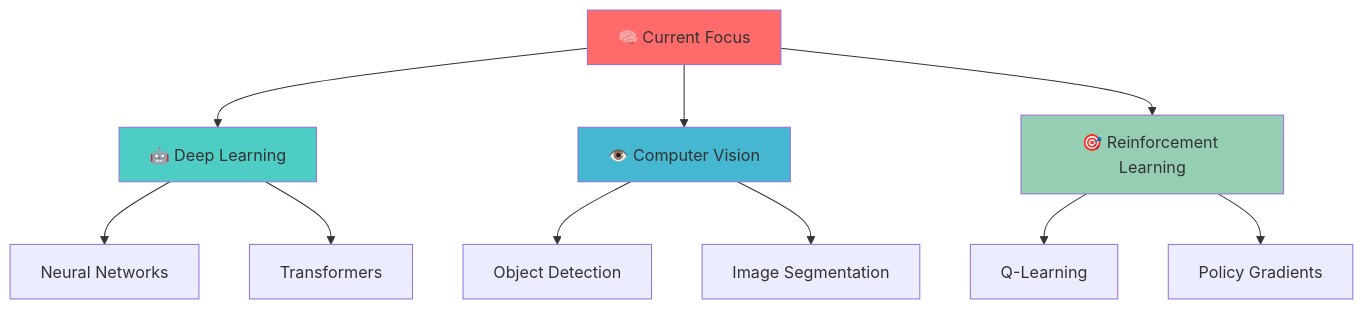
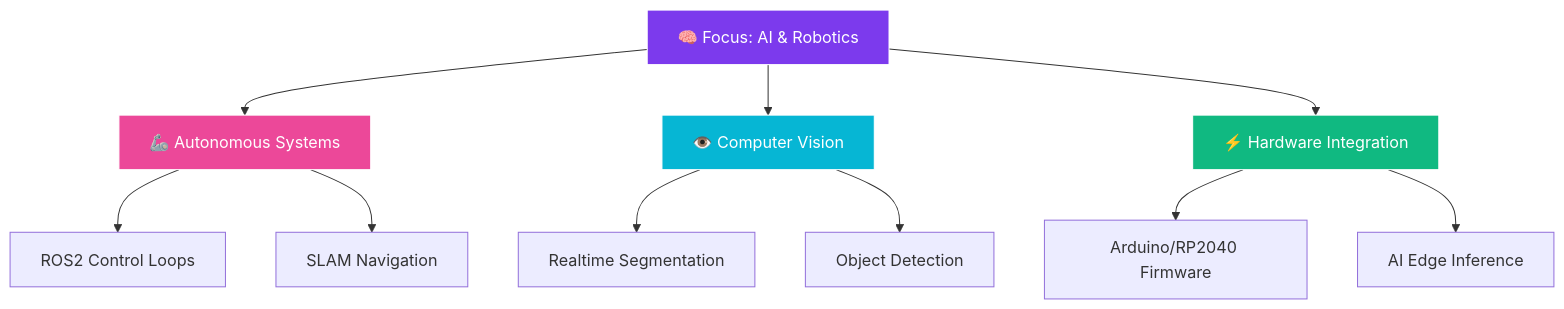
One commit to riteshrajas/riteshrajas changed the diagram in README.md. Above: the diagram before and after it, drawn with Mermaid. The commit also changed other lines of this file, not shown here.

````diff
--- a/README.md
+++ b/README.md
@@ -191,20 +82,20 @@
 ```mermaid
 graph TD
-    A[🧠 Current Focus] --> B[🤖 Deep Learning]
-    A --> C[👁️ Computer Vision] 
-    A --> D[🎯 Reinforcement Learning]
-    
-    B --> E[Neural Networks]
-    B --> F[Transformers]
-    
-    C --> G[Object Detection]
-    C --> H[Image Segmentation]
-    
-    D --> I[Q-Learning]
-    D --> J[Policy Gradients]
-    
-    style A fill:#ff6b6b
-    style B fill:#4ecdc4
-    style C fill:#45b7d1
-    style D fill:#96ceb4
+    A[🧠 Focus: AI & Robotics] --> B[🦾 Autonomous Systems]
+    A --> C[👁️ Computer Vision]
+    A --> D[⚡ Hardware Integration]
+
+    B --> E[ROS2 Control Loops]
+    B --> F[SLAM Navigation]
+
+    C --> G[Realtime Segmentation]
+    C --> H[Object Detection]
+
+    D --> I[Arduino/RP2040 Firmware]
+    D --> J[AI Edge Inference]
+
+    style A fill:#7c3aed,stroke:#fff,stroke-width:1px,color:#fff
+    style B fill:#ec4899,stroke:#fff,stroke-width:1px,color:#fff
+    style C fill:#06b6d4,stroke:#fff,stroke-width:1px,color:#fff
+    style D fill:#10b981,stroke:#fff,stroke-width:1px,color:#fff
 ```
````
